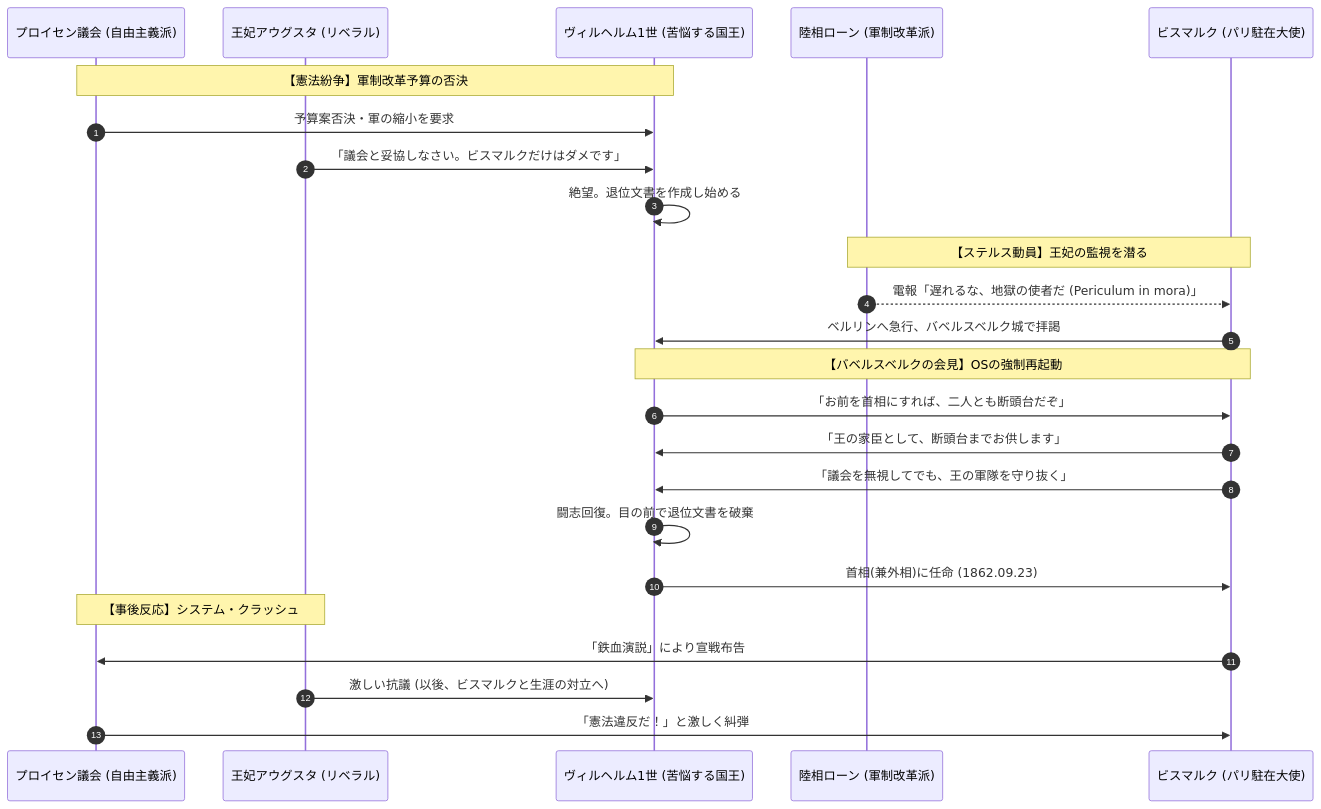
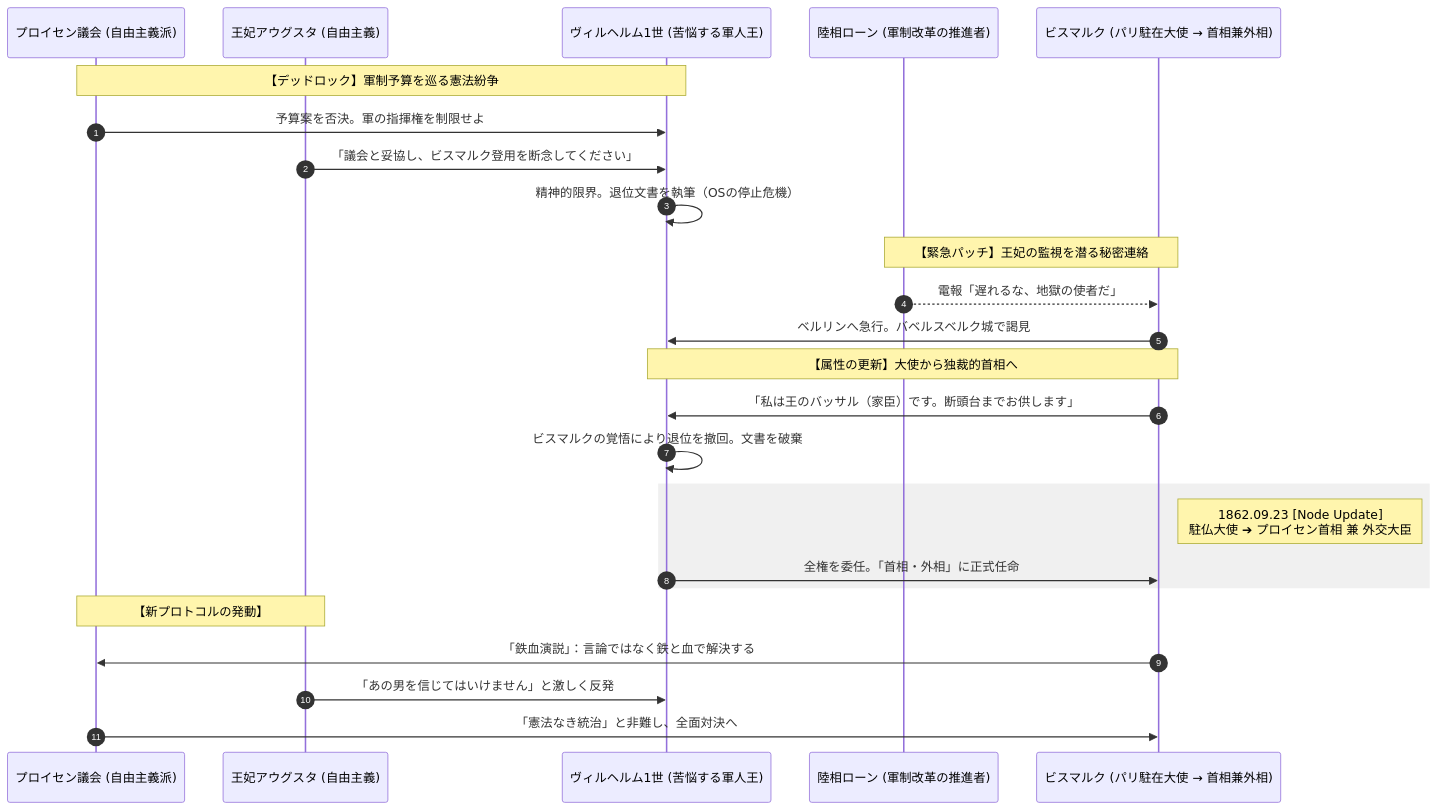
One commit to aokicreativeoffice/AokiCreativeOfficeGTD changed the diagram in 02_zettelkasten/21_domain/history/structure/ビスマルク首相任命.md. Above: the diagram before and after it, drawn with Mermaid. The commit also changed 2 other files, not shown here.

Commit message:
vault backup: 2026-03-26 08:56:35

````diff
--- a/02_zettelkasten/21_domain/history/structure/ビスマルク首相任命.md
+++ b/02_zettelkasten/21_domain/history/structure/ビスマルク首相任命.md
@@ -31,31 +31,32 @@
 ```mermaid
 sequenceDiagram
     autonumber
     participant Diet as プロイセン議会 (自由主義派)
-    participant Queen as 王妃アウグスタ (リベラル)
-    participant King as ヴィルヘルム1世 (苦悩する国王)
-    participant Roon as 陸相ローン (軍制改革派)
-    participant Bism as ビスマルク (パリ駐在大使)
+    participant Queen as 王妃アウグスタ (自由主義)
+    participant King as ヴィルヘルム1世 (苦悩する軍人王)
+    participant Roon as 陸相ローン (軍制改革の推進者)
+    participant Bism as ビスマルク (パリ駐在大使 → 首相兼外相)
 
-    Note over Diet, King: 【憲法紛争】軍制改革予算の否決
-    Diet->>King: 予算案否決・軍の縮小を要求
-    Queen->>King: 「議会と妥協しなさい。ビスマルクだけはダメです」
-    King->>King: 絶望。退位文書を作成し始める
+    Note over King, Diet: 【デッドロック】軍制予算を巡る憲法紛争
+    Diet->>King: 予算案を否決。軍の指揮権を制限せよ
+    Queen->>King: 「議会と妥協し、ビスマルク登用を断念してください」
+    King->>King: 精神的限界。退位文書を執筆（OSの停止危機）
     
-    Note over Roon, Bism: 【ステルス動員】王妃の監視を潜る
-    Roon-->>Bism: 電報「遅れるな、地獄の使者だ (Periculum in mora)」
-    Bism->>King: ベルリンへ急行、バベルスベルク城で拝謁
+    Note over Roon, Bism: 【緊急パッチ】王妃の監視を潜る秘密連絡
+    Roon-->>Bism: 電報「遅れるな、地獄の使者だ」
+    Bism->>King: ベルリンへ急行。バベルスベルク城で謁見
     
-    Note over King, Bism: 【バベルスベルクの会見】OSの強制再起動
-    King->>Bism: 「お前を首相にすれば、二人とも断頭台だぞ」
-    Bism->>King: 「王の家臣として、断頭台までお供します」
-    Bism->>King: 「議会を無視してでも、王の軍隊を守り抜く」
+    Note over King, Bism: 【属性の更新】大使から独裁的首相へ
+    Bism->>King: 「私は王のバッサル（家臣）です。断頭台までお供します」
+    King->>King: ビスマルクの覚悟により退位を撤回。文書を破棄
     
-    King->>King: 闘志回復。目の前で退位文書を破棄
-    King->>Bism: 首相(兼外相)に任命 (1862.09.23)
-    
-    Note over Queen, Diet: 【事後反応】システム・クラッシュ
-    Bism->>Diet: 「鉄血演説」により宣戦布告
-    Queen->>King: 激しい抗議 (以後、ビスマルクと生涯の対立へ)
-    Diet->>Bism: 「憲法違反だ！」と激しく糾弾
+    rect rgb(240, 240, 240)
+        Note right of Bism: 1862.09.23 [Node Update]<br/>駐仏大使 ➔ プロイセン首相 兼 外交大臣
+        King->>Bism: 全権を委任。「首相・外相」に正式任命
+    end
+
+    Note over Queen, Diet: 【新プロトコルの発動】
+    Bism->>Diet: 「鉄血演説」：言論ではなく鉄と血で解決する
+    Queen->>King: 「あの男を信じてはいけません」と激しく反発
+    Diet->>Bism: 「憲法なき統治」と非難し、全面対決へ
 ```
````
